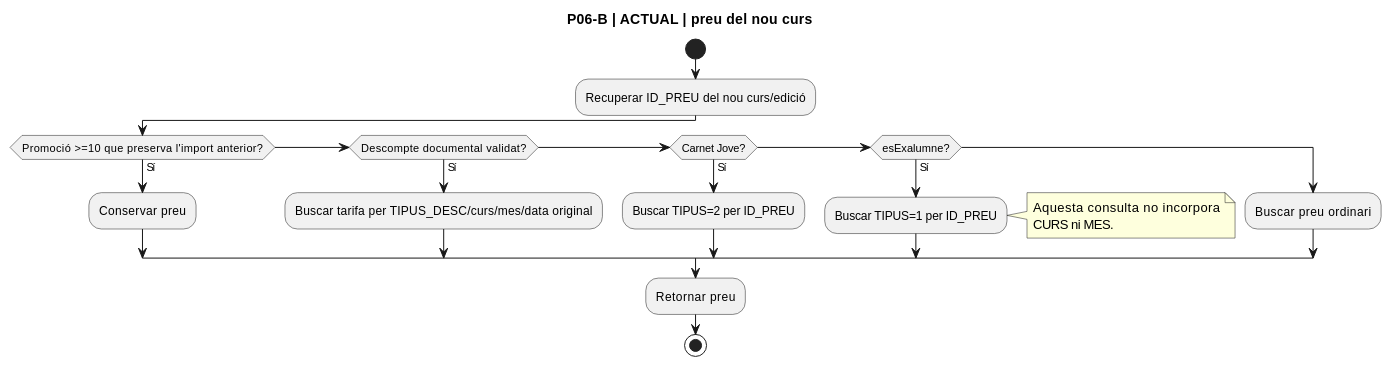
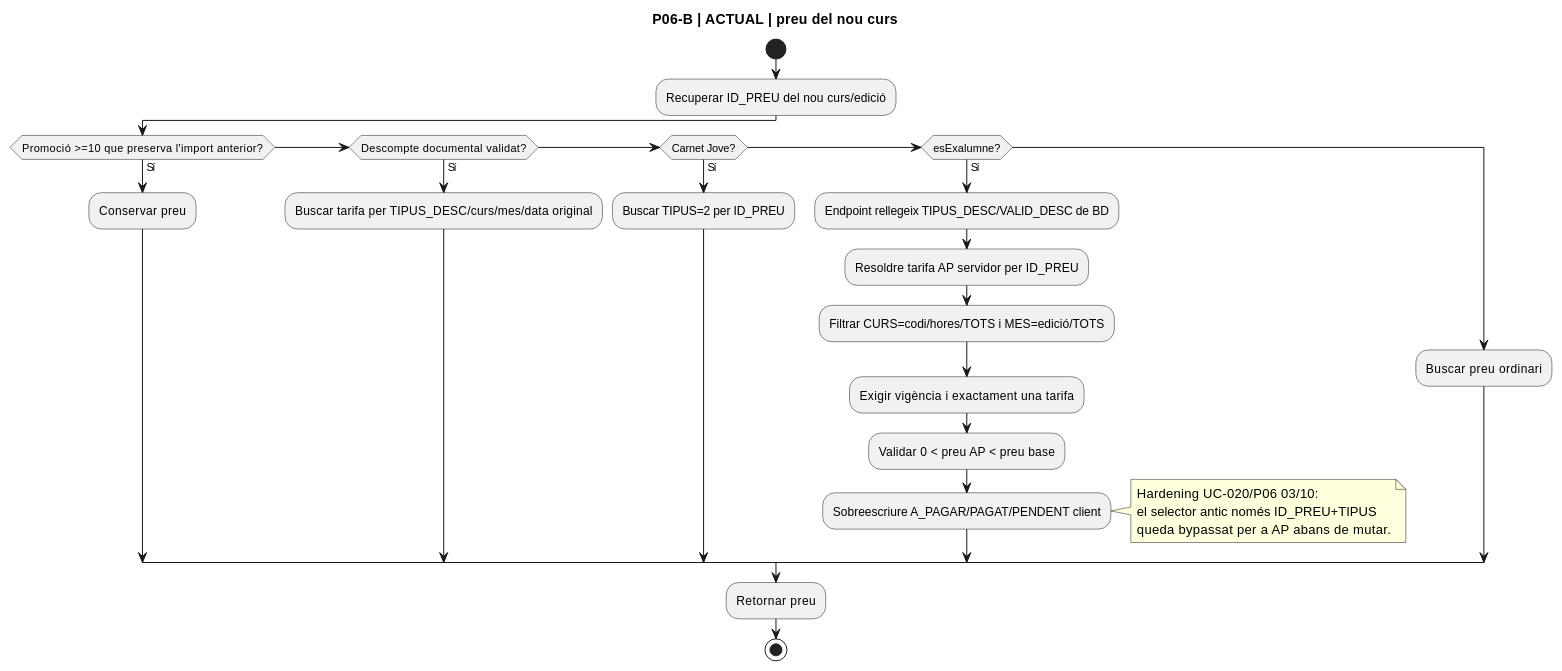
One commit to orgmeriemprismacat-del/verifactu changed diagram 24 of 25 in documentacio/07-uml-integrat/uc-020-activitats-pagines-actual-final.md. Above: the diagram before and after it, drawn with PlantUML. The commit also changed other lines of this file, not shown here.

````diff
--- a/documentacio/07-uml-integrat/uc-020-activitats-pagines-actual-final.md
+++ b/documentacio/07-uml-integrat/uc-020-activitats-pagines-actual-final.md
@@ -570,24 +570,30 @@
 ```plantuml
 @startuml
 title P06-B | ACTUAL | preu del nou curs
 start
 :Recuperar ID_PREU del nou curs/edició;
 if (Promoció >=10 que preserva l'import anterior?) then (Sí)
  :Conservar preu;
 elseif (Descompte documental validat?) then (Sí)
  :Buscar tarifa per TIPUS_DESC/curs/mes/data original;
 elseif (Carnet Jove?) then (Sí)
  :Buscar TIPUS=2 per ID_PREU;
 elseif (esExalumne?) then (Sí)
- :Buscar TIPUS=1 per ID_PREU;
+ :Endpoint rellegeix TIPUS_DESC/VALID_DESC de BD;
+ :Resoldre tarifa AP servidor per ID_PREU;
+ :Filtrar CURS=codi/hores/TOTS i MES=edició/TOTS;
+ :Exigir vigència i exactament una tarifa;
+ :Validar 0 < preu AP < preu base;
+ :Sobreescriure A_PAGAR/PAGAT/PENDENT client;
  note right
-  Aquesta consulta no incorpora
-  CURS ni MES.
+  Hardening UC-020/P06 03/10:
+  el selector antic només ID_PREU+TIPUS
+  queda bypassat per a AP abans de mutar.
  end note
 else
  :Buscar preu ordinari;
 endif
 :Retornar preu;
 stop
 @enduml
 ```
````
